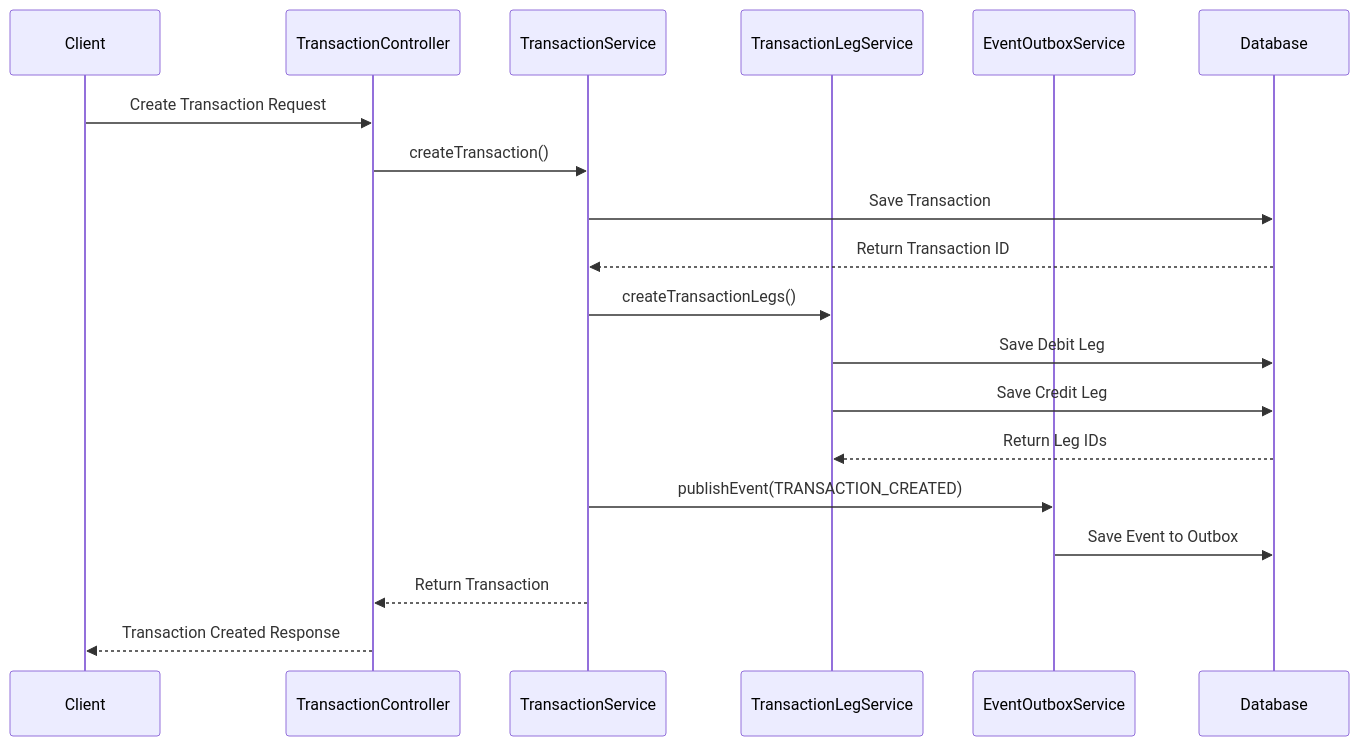
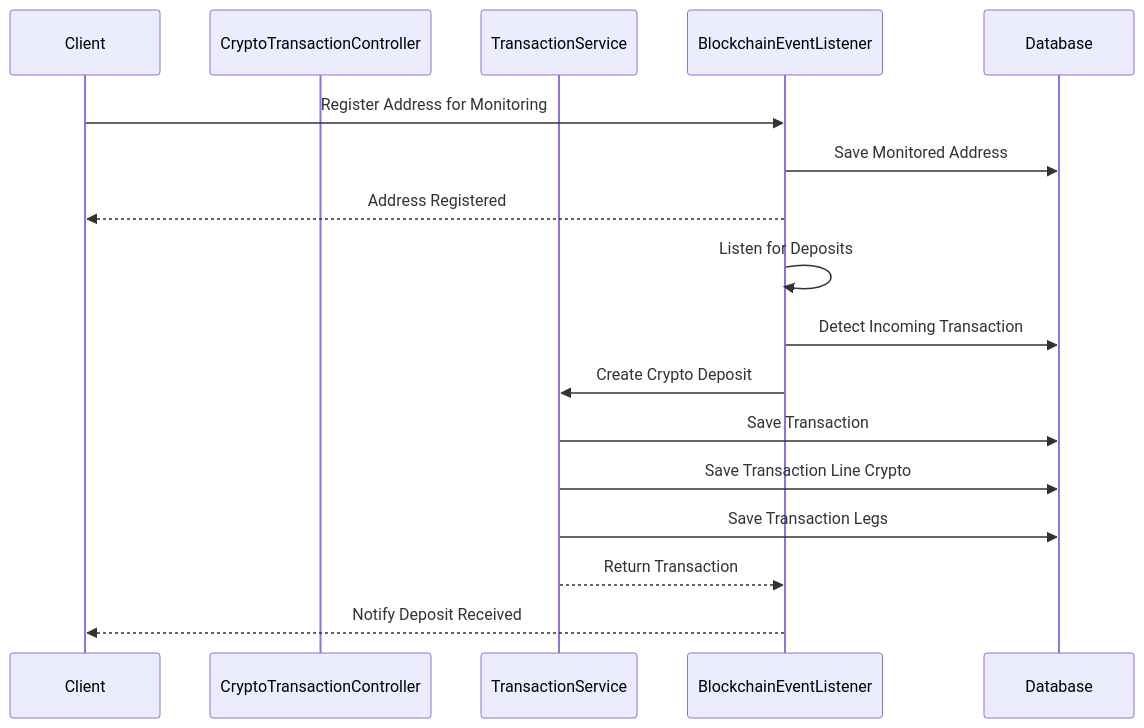
The second of 3 diagrams in README.md (firefly-oss/core-banking-ledger), drawn with Mermaid before and after one commit. The commit also changed other lines of this file and 5 other files, not shown here.

````diff
--- a/README.md
+++ b/README.md
@@ -1054,22 +906,21 @@
 ```mermaid
 sequenceDiagram
     participant Client
-    participant TransactionController
+    participant CryptoTransactionController
     participant TransactionService
-    participant TransactionLegService
-    participant EventOutboxService
+    participant BlockchainEventListener
     participant Database
-
-    Client->>TransactionController: Create Transaction Request
-    TransactionController->>TransactionService: createTransaction()
+    
+    Client->>BlockchainEventListener: Register Address for Monitoring
+    BlockchainEventListener->>Database: Save Monitored Address
+    BlockchainEventListener-->>Client: Address Registered
+    
+    BlockchainEventListener->>BlockchainEventListener: Listen for Deposits
+    BlockchainEventListener->>Database: Detect Incoming Transaction
+    BlockchainEventListener->>TransactionService: Create Crypto Deposit
     TransactionService->>Database: Save Transaction
-    Database-->>TransactionService: Return Transaction ID
-    TransactionService->>TransactionLegService: createTransactionLegs()
-    TransactionLegService->>Database: Save Debit Leg
-    TransactionLegService->>Database: Save Credit Leg
-    Database-->>TransactionLegService: Return Leg IDs
-    TransactionService->>EventOutboxService: publishEvent(TRANSACTION_CREATED)
-    EventOutboxService->>Database: Save Event to Outbox
-    TransactionService-->>TransactionController: Return Transaction
-    TransactionController-->>Client: Transaction Created Response
+    TransactionService->>Database: Save Transaction Line Crypto
+    TransactionService->>Database: Save Transaction Legs
+    TransactionService-->>BlockchainEventListener: Return Transaction
+    BlockchainEventListener-->>Client: Notify Deposit Received
 ```
````
